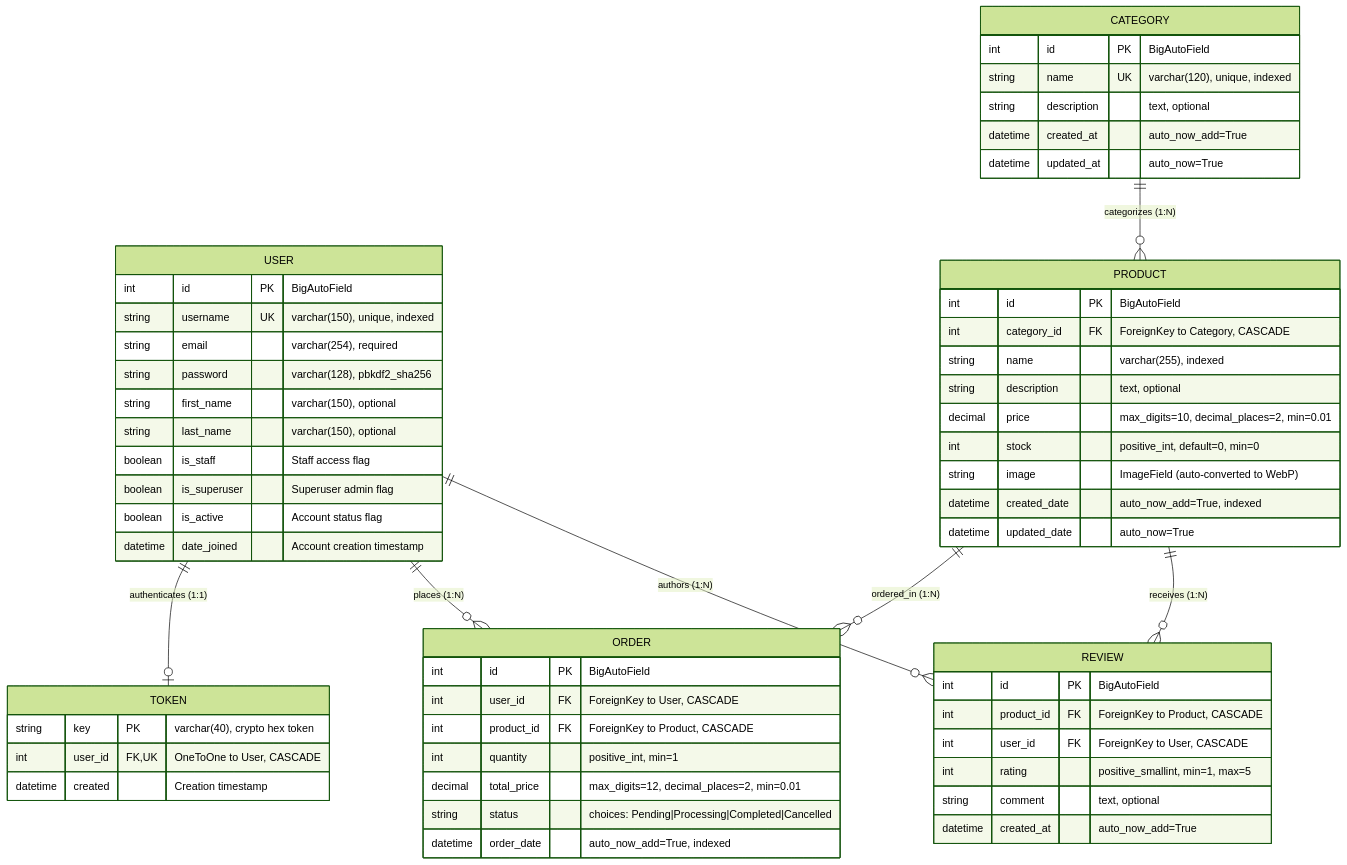
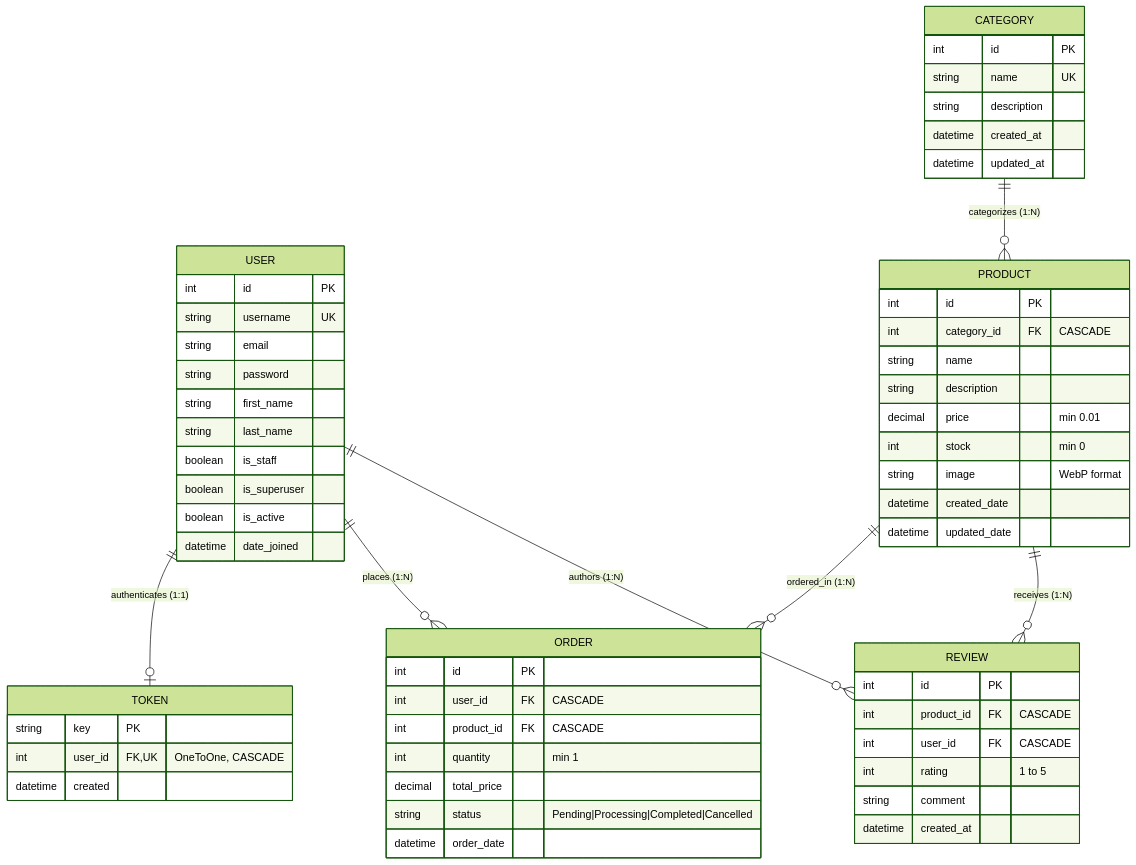
One commit to ArkaKarmoker/Mini-E-commerce-REST-API changed the diagram in README.md. Above: the diagram before and after it, drawn with Mermaid (forest theme). The commit also changed other lines of this file, not shown here.

````diff
--- a/README.md
+++ b/README.md
@@ -70,67 +70,67 @@
 ```mermaid
 erDiagram
     USER ||--o| TOKEN : "authenticates (1:1)"
     USER ||--o{ ORDER : "places (1:N)"
     USER ||--o{ REVIEW : "authors (1:N)"
     CATEGORY ||--o{ PRODUCT : "categorizes (1:N)"
     PRODUCT ||--o{ ORDER : "ordered_in (1:N)"
     PRODUCT ||--o{ REVIEW : "receives (1:N)"
 
     USER {
-        int id PK "BigAutoField"
-        string username UK "varchar(150), unique, indexed"
-        string email "varchar(254), required"
-        string password "varchar(128), pbkdf2_sha256"
-        string first_name "varchar(150), optional"
-        string last_name "varchar(150), optional"
-        boolean is_staff "Staff access flag"
-        boolean is_superuser "Superuser admin flag"
-        boolean is_active "Account status flag"
-        datetime date_joined "Account creation timestamp"
+        int id PK
+        string username UK
+        string email
+        string password
+        string first_name
+        string last_name
+        boolean is_staff
+        boolean is_superuser
+        boolean is_active
+        datetime date_joined
     }
 
     TOKEN {
-        string key PK "varchar(40), crypto hex token"
-        int user_id FK,UK "OneToOne to User, CASCADE"
-        datetime created "Creation timestamp"
+        string key PK
+        int user_id FK,UK "OneToOne, CASCADE"
+        datetime created
     }
 
     CATEGORY {
-        int id PK "BigAutoField"
-        string name UK "varchar(120), unique, indexed"
-        string description "text, optional"
-        datetime created_at "auto_now_add=True"
-        datetime updated_at "auto_now=True"
+        int id PK
+        string name UK
+        string description
+        datetime created_at
+        datetime updated_at
     }
 
     PRODUCT {
-        int id PK "BigAutoField"
-        int category_id FK "ForeignKey to Category, CASCADE"
-        string name "varchar(255), indexed"
-        string description "text, optional"
-        decimal price "max_digits=10, decimal_places=2, min=0.01"
-        int stock "positive_int, default=0, min=0"
-        string image "ImageField (auto-converted to WebP)"
-        datetime created_date "auto_now_add=True, indexed"
-        datetime updated_date "auto_now=True"
+        int id PK
+        int category_id FK "CASCADE"
+        string name
+        string description
+        decimal price "min 0.01"
+        int stock "min 0"
+        string image "WebP format"
+        datetime created_date
+        datetime updated_date
     }
 
     ORDER {
-        int id PK "BigAutoField"
-        int user_id FK "ForeignKey to User, CASCADE"
-        int product_id FK "ForeignKey to Product, CASCADE"
-        int quantity "positive_int, min=1"
-        decimal total_price "max_digits=12, decimal_places=2, min=0.01"
-        string status "choices: Pending|Processing|Completed|Cancelled"
-        datetime order_date "auto_now_add=True, indexed"
+        int id PK
+        int user_id FK "CASCADE"
+        int product_id FK "CASCADE"
+        int quantity "min 1"
+        decimal total_price
+        string status "Pending|Processing|Completed|Cancelled"
+        datetime order_date
     }
 
     REVIEW {
-        int id PK "BigAutoField"
-        int product_id FK "ForeignKey to Product, CASCADE"
-        int user_id FK "ForeignKey to User, CASCADE"
-        int rating "positive_smallint, min=1, max=5"
-        string comment "text, optional"
-        datetime created_at "auto_now_add=True"
+        int id PK
+        int product_id FK "CASCADE"
+        int user_id FK "CASCADE"
+        int rating "1 to 5"
+        string comment
+        datetime created_at
     }
 ```
````
